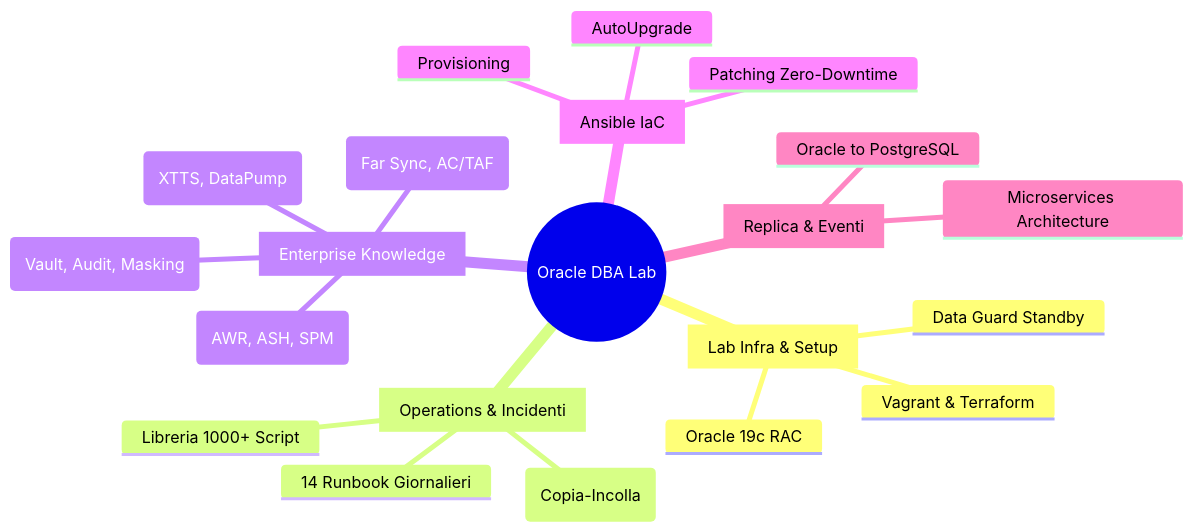
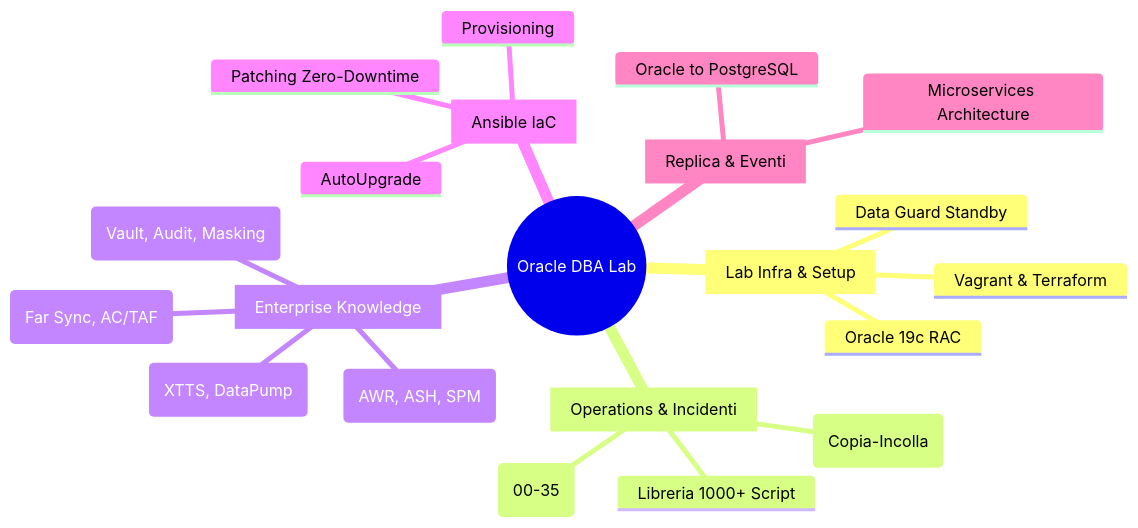
One commit to Mohamed-DN/dba_oracle_lab changed the first of 2 diagrams in README.md. Above: the diagram before and after it, drawn with Mermaid. The commit also changed other lines of this file and 3 other files, not shown here.

````diff
--- a/README.md
+++ b/README.md
@@ -38,24 +38,24 @@
 ```mermaid
 mindmap
   root((Oracle DBA Lab))
     Core Lab [Lab Infra & Setup]
       Vagrant & Terraform
       Oracle 19c RAC
       Data Guard Standby
     Operatività [Operations & Incidenti]
-      14 Runbook Giornalieri
+      36 Runbook Operativi (00-35)
       15 Script Pronti (Copia-Incolla)
       Libreria 1000+ Script
     Guide Monumentali [Enterprise Knowledge]
       Security (Vault, Audit, Masking)
       HA (Far Sync, AC/TAF)
       Backup (XTTS, DataPump)
       Performance (AWR, ASH, SPM)
     Automazione [Ansible IaC]
       Provisioning
       Patching Zero-Downtime
       AutoUpgrade
     GoldenGate [Replica & Eventi]
       Microservices Architecture
       Oracle to PostgreSQL
 ```
````
